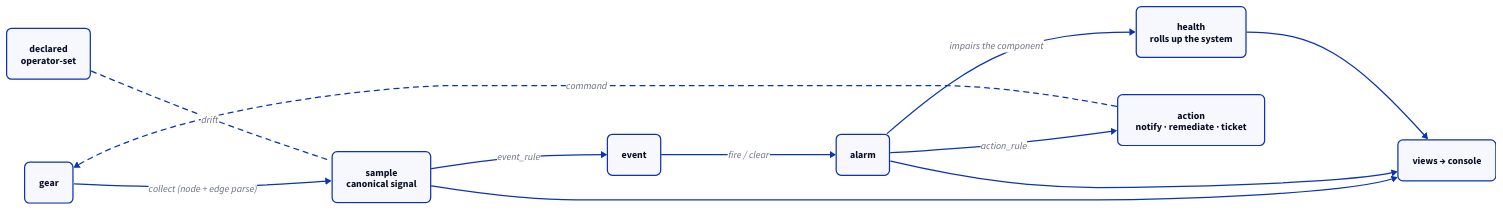
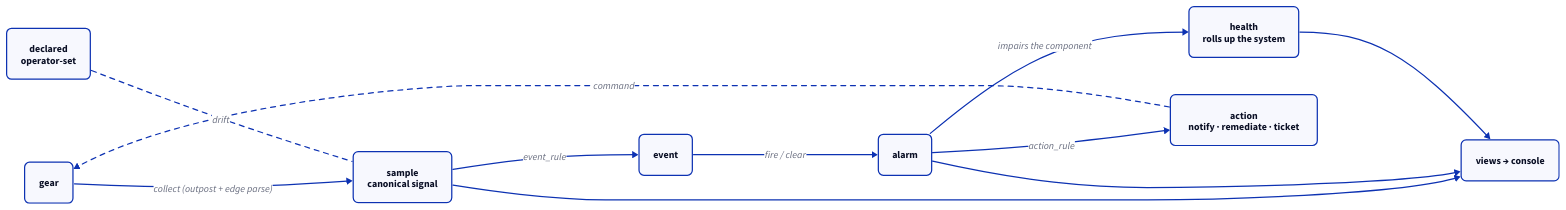
Before and after one commit to hyperscaleav/omniglass: the second of 2 diagrams in docs/src/content/docs/architecture/index.md, drawn with D2. The commit also changed other lines of this file and 111 other files, not shown here.

First line of the commit message:
Sweep the docs, skills and lab harness from node to outpost

````diff
--- a/docs/src/content/docs/architecture/index.md
+++ b/docs/src/content/docs/architecture/index.md
@@ -148,31 +148,31 @@
 ```d2
 direction: right
 
 # Shape colors are deliberately omitted: the inline SVG is themed from the site's
 # brand tokens in custom.css so it follows Starlight's light/dark toggle. Only
-# structure (rounding, dashes, the highlighted key node) lives here.
+# structure (rounding, dashes, the highlighted key outpost) lives here.
 classes: {
   node: { style.border-radius: 8 }
   key: { style: { border-radius: 8; bold: true } }
 }
 
 gear: gear { class: node }
 sample: "sample\ncanonical signal" { class: key }
 event: event { class: node }
 alarm: alarm { class: node }
 health: "health\nrolls up the system" { class: node }
 action: "action\nnotify · remediate · ticket" { class: node }
 declared: "declared\noperator-set" { class: node }
 views: "views → console" { class: node }
 
-gear -> sample: collect (node + edge parse)
+gear -> sample: collect (outpost + edge parse)
 sample -> event: event_rule
 event -> alarm: fire / clear
 alarm -> health: impairs the component
 alarm -> action: action_rule
 action -> gear: command { style.stroke-dash: 4 }
 declared -- sample: drift { style.stroke-dash: 4 }
 sample -> views
 alarm -> views
 health -> views
 ```
````
